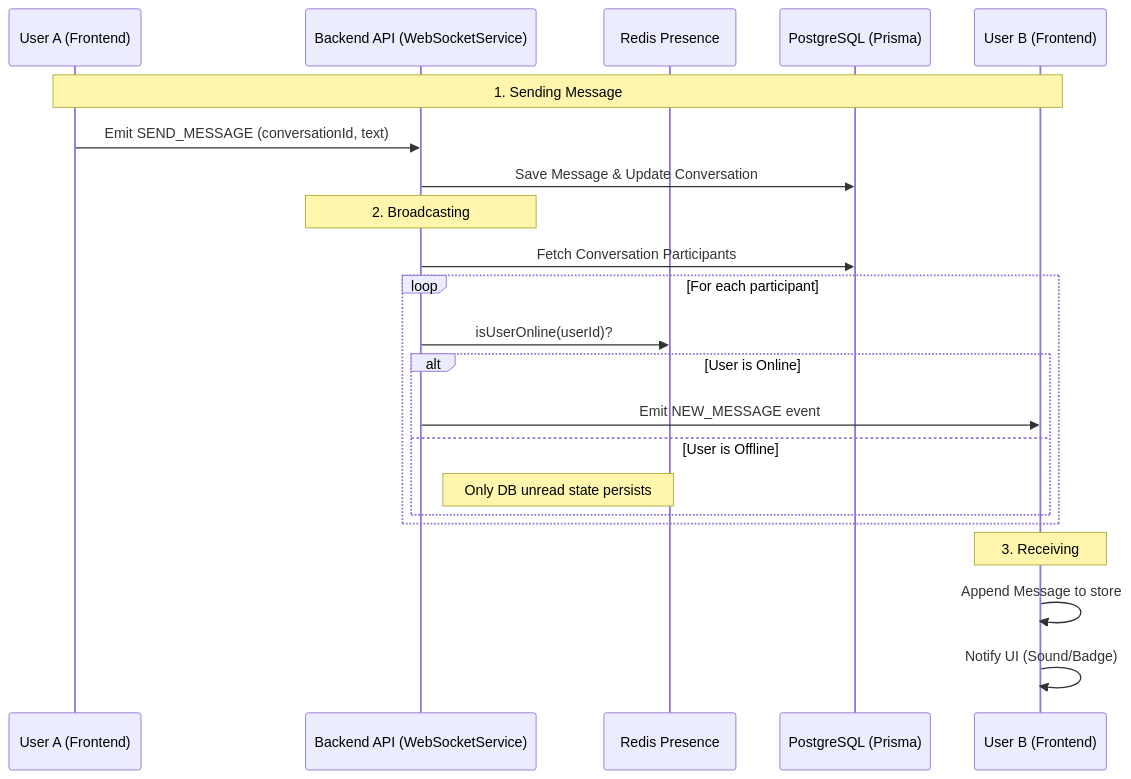
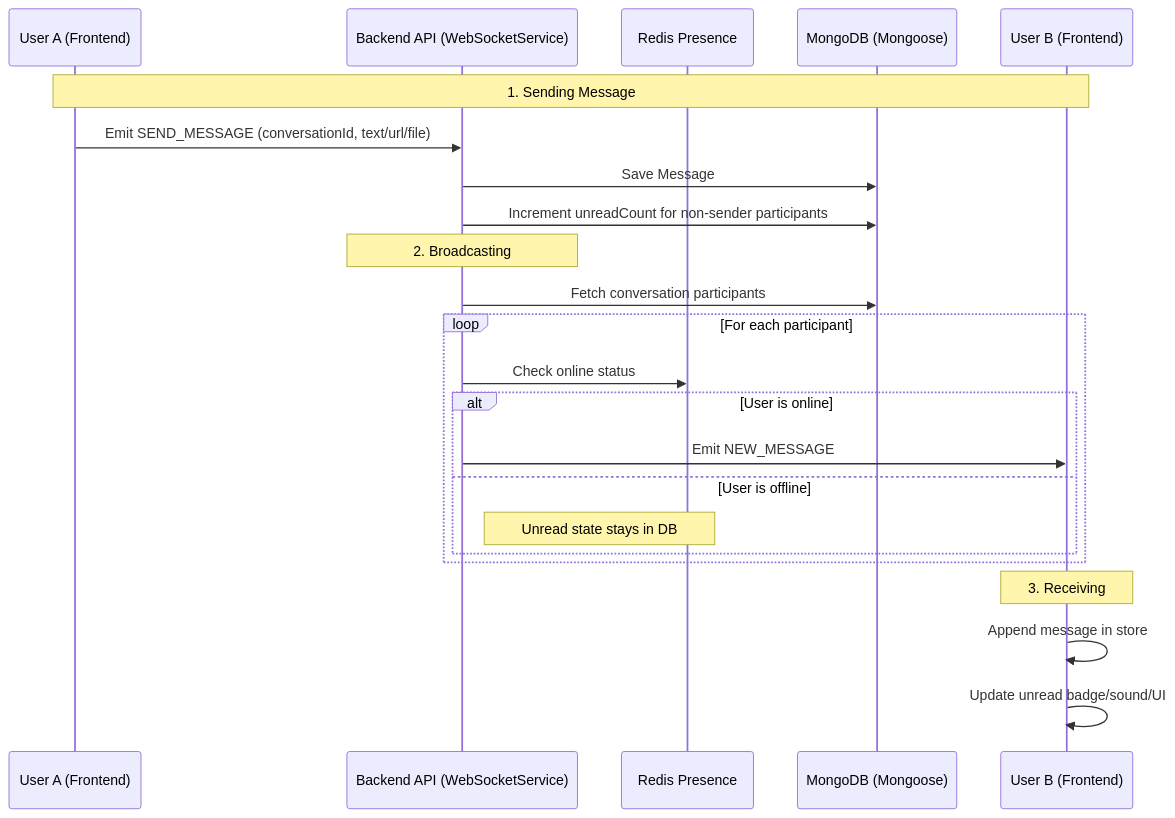
Before and after one commit to EricNguyen1206/turbo-chat: the diagram in _docs/CHAT_REALTIME_FEATURE.md, drawn with Mermaid. The commit also changed other lines of this file and 43 other files, not shown here.

Commit message:
refactor: migrate backend from PostgreSQL/Prisma to MongoDB/Mongoose and remove AI chatbot features

````diff
--- a/_docs/CHAT_REALTIME_FEATURE.md
+++ b/_docs/CHAT_REALTIME_FEATURE.md
@@ -20,27 +18,28 @@
 ```mermaid
 sequenceDiagram
     participant Sender as User A (Frontend)
     participant Server as Backend API (WebSocketService)
     participant Redis as Redis Presence
-    participant DB as PostgreSQL (Prisma)
+    participant DB as MongoDB (Mongoose)
     participant Recipient as User B (Frontend)
 
     Note over Sender, Recipient: 1. Sending Message
-    Sender->>Server: Emit SEND_MESSAGE (conversationId, text)
-    Server->>DB: Save Message & Update Conversation
-    
+    Sender->>Server: Emit SEND_MESSAGE (conversationId, text/url/file)
+    Server->>DB: Save Message
+    Server->>DB: Increment unreadCount for non-sender participants
+
     Note over Server: 2. Broadcasting
-    Server->>DB: Fetch Conversation Participants
+    Server->>DB: Fetch conversation participants
     loop For each participant
-        Server->>Redis: isUserOnline(userId)?
-        alt User is Online
-            Server->>Recipient: Emit NEW_MESSAGE event
-        else User is Offline
-            Note right of Server: Only DB unread state persists
+        Server->>Redis: Check online status
+        alt User is online
+            Server->>Recipient: Emit NEW_MESSAGE
+        else User is offline
+            Note right of Server: Unread state stays in DB
         end
     end
 
     Note over Recipient: 3. Receiving
-    Recipient->>Recipient: Append Message to store
-    Recipient->>Recipient: Notify UI (Sound/Badge)
+    Recipient->>Recipient: Append message in store
+    Recipient->>Recipient: Update unread badge/sound/UI
 ```
````
